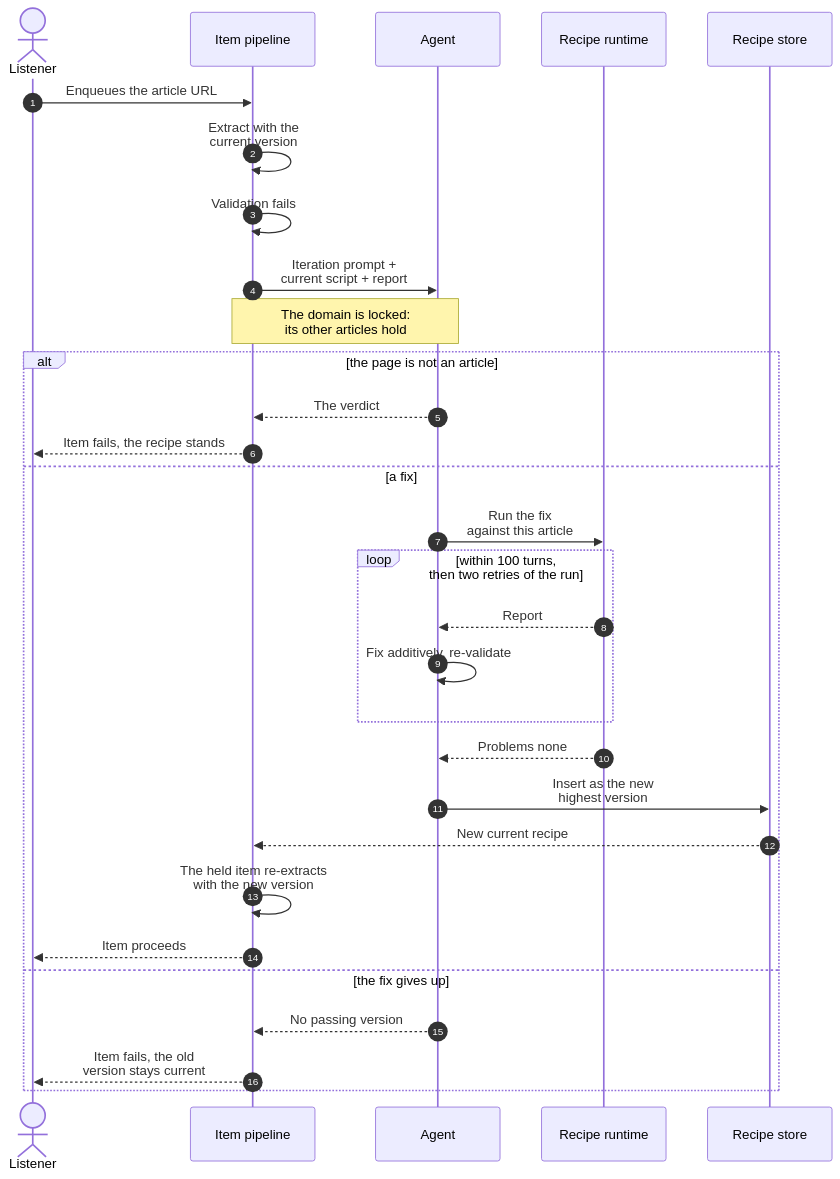
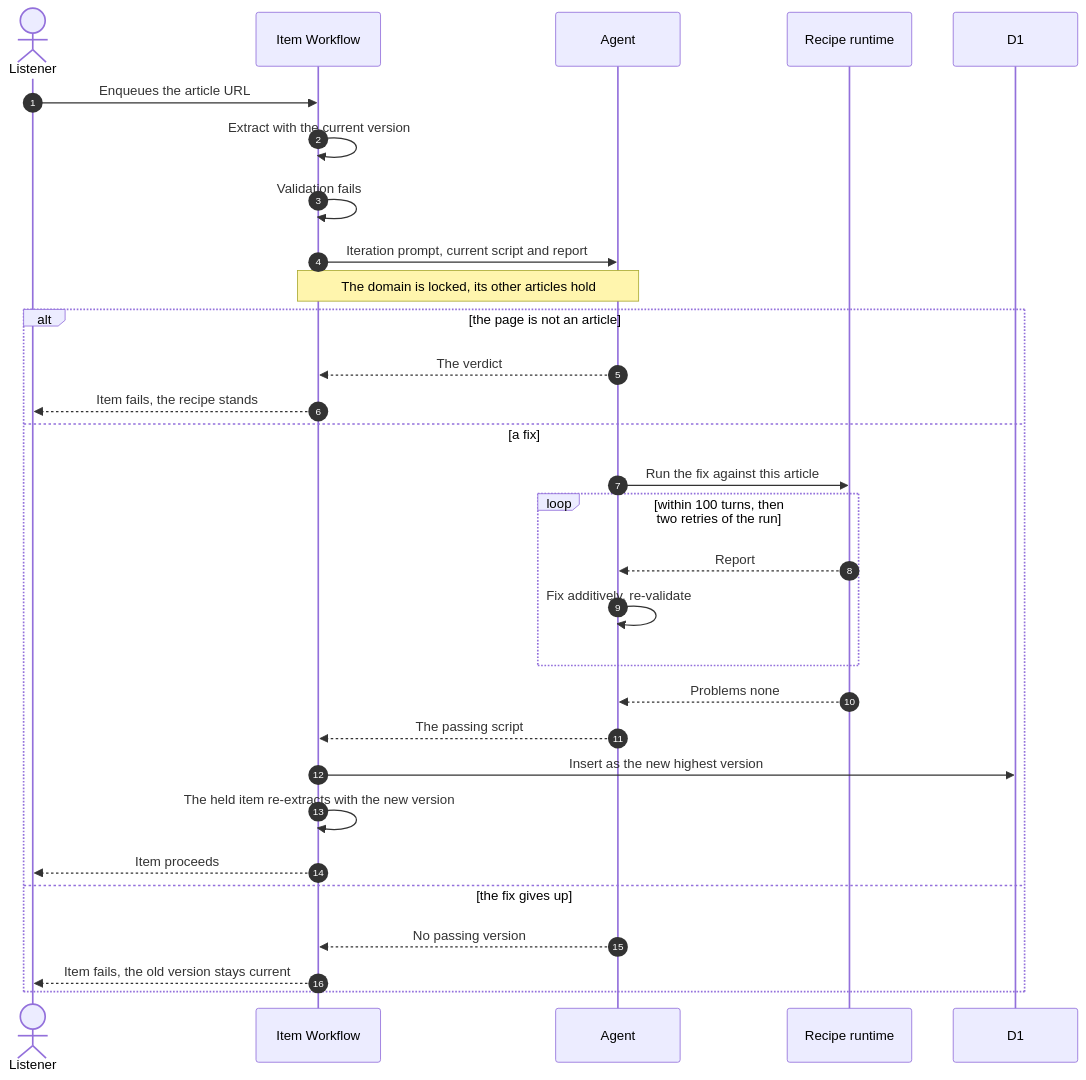
Before and after one commit to asermax/nagara: the third of 3 diagrams in docs/technical-design/recipes.md, drawn with Mermaid. The commit also changed other lines of this file and 18 other files, not shown here.

````diff
--- a/docs/technical-design/recipes.md
+++ b/docs/technical-design/recipes.md
@@ -82,33 +81,33 @@
 ```mermaid
 sequenceDiagram
     autonumber
     actor L as Listener
-    participant P as Item pipeline
+    participant P as Item Workflow
     participant A as Agent
     participant V as Recipe runtime
-    participant S as Recipe store
+    participant S as D1
 
     L->>P: Enqueues the article URL
-    P->>P: Extract with the<br/>current version
+    P->>P: Extract with the current version
     P->>P: Validation fails
-    P->>A: Iteration prompt +<br/>current script + report
-    Note over P,A: The domain is locked:<br/>its other articles hold
+    P->>A: Iteration prompt, current script and report
+    Note over P,A: The domain is locked, its other articles hold
     alt the page is not an article
         A-->>P: The verdict
         P-->>L: Item fails, the recipe stands
     else a fix
-        A->>V: Run the fix<br/>against this article
-        loop within 100 turns,<br/>then two retries of the run
+        A->>V: Run the fix against this article
+        loop within 100 turns, then two retries of the run
             V-->>A: Report
             A->>A: Fix additively, re-validate
         end
         V-->>A: Problems none
-        A->>S: Insert as the new<br/>highest version
-        S-->>P: New current recipe
-        P->>P: The held item re-extracts<br/>with the new version
+        A-->>P: The passing script
+        P->>S: Insert as the new highest version
+        P->>P: The held item re-extracts with the new version
         P-->>L: Item proceeds
     else the fix gives up
         A-->>P: No passing version
-        P-->>L: Item fails, the old<br/>version stays current
+        P-->>L: Item fails, the old version stays current
     end
 ```
````
